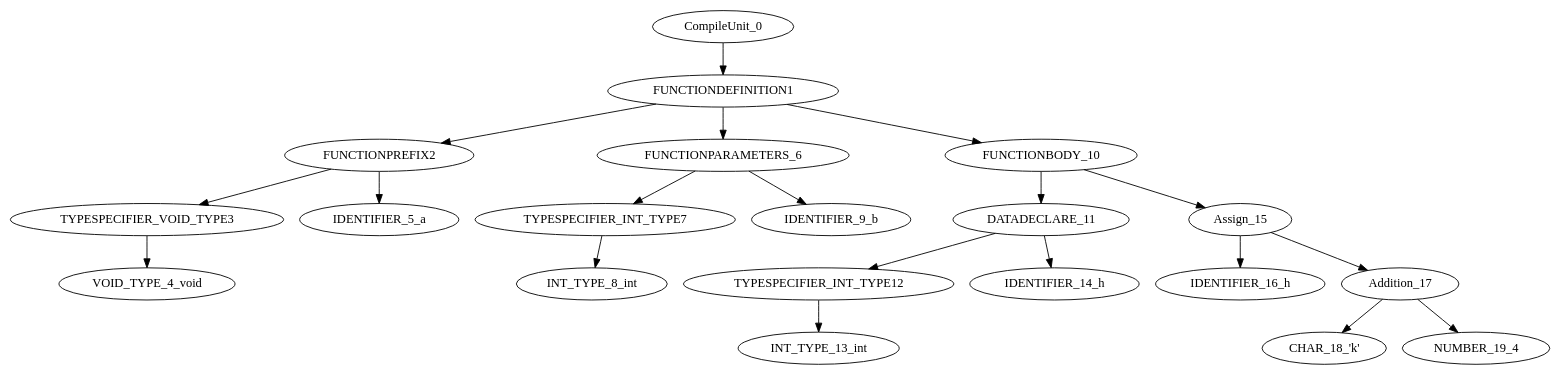
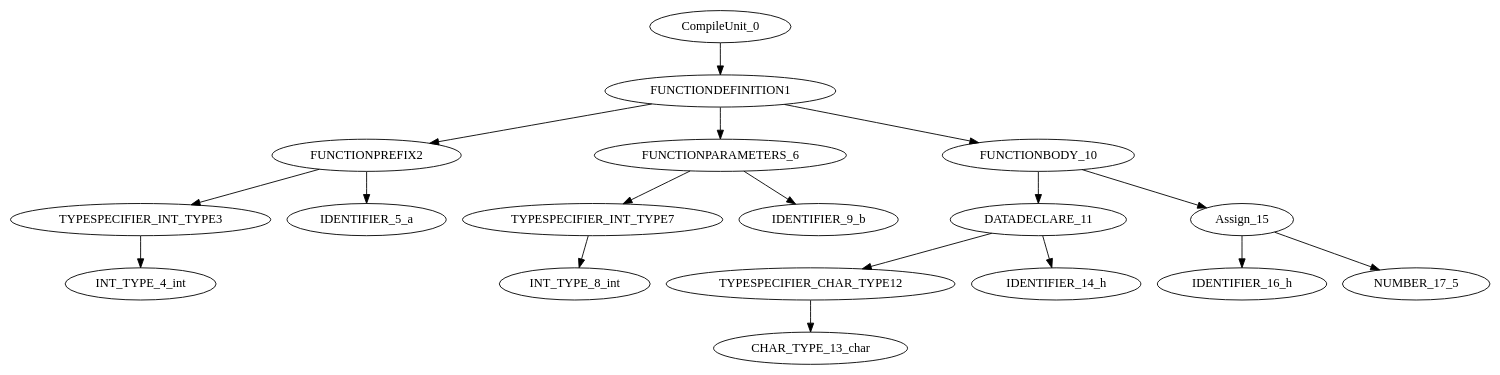
One commit to vasilismoulas/Compiler-C2ASM changed the diagram in C2ASM/TestBench/SyntaxTree.dot. Above: the diagram before and after it, drawn with Graphviz. The commit also changed 26 other files, not shown here.

```diff
--- a/C2ASM/TestBench/SyntaxTree.dot
+++ b/C2ASM/TestBench/SyntaxTree.dot
@@ -1,21 +1,19 @@
 digraph G{
 "CompileUnit_0"->"FUNCTIONDEFINITION1";
 "FUNCTIONDEFINITION1"->"FUNCTIONPREFIX2";
-"FUNCTIONPREFIX2"->"TYPESPECIFIER_VOID_TYPE3";
-"TYPESPECIFIER_VOID_TYPE3"->"VOID_TYPE_4_void";
+"FUNCTIONPREFIX2"->"TYPESPECIFIER_INT_TYPE3";
+"TYPESPECIFIER_INT_TYPE3"->"INT_TYPE_4_int";
 "FUNCTIONPREFIX2"->"IDENTIFIER_5_a";
 "FUNCTIONDEFINITION1"->"FUNCTIONPARAMETERS_6";
 "FUNCTIONPARAMETERS_6"->"TYPESPECIFIER_INT_TYPE7";
 "TYPESPECIFIER_INT_TYPE7"->"INT_TYPE_8_int";
 "FUNCTIONPARAMETERS_6"->"IDENTIFIER_9_b";
 "FUNCTIONDEFINITION1"->"FUNCTIONBODY_10";
 "FUNCTIONBODY_10"->"DATADECLARE_11";
-"DATADECLARE_11"->"TYPESPECIFIER_INT_TYPE12";
-"TYPESPECIFIER_INT_TYPE12"->"INT_TYPE_13_int";
+"DATADECLARE_11"->"TYPESPECIFIER_CHAR_TYPE12";
+"TYPESPECIFIER_CHAR_TYPE12"->"CHAR_TYPE_13_char";
 "DATADECLARE_11"->"IDENTIFIER_14_h";
 "FUNCTIONBODY_10"->"Assign_15";
 "Assign_15"->"IDENTIFIER_16_h";
-"Assign_15"->"Addition_17";
-"Addition_17"->"CHAR_18_'k'";
-"Addition_17"->"NUMBER_19_4";
+"Assign_15"->"NUMBER_17_5";
 }
```
